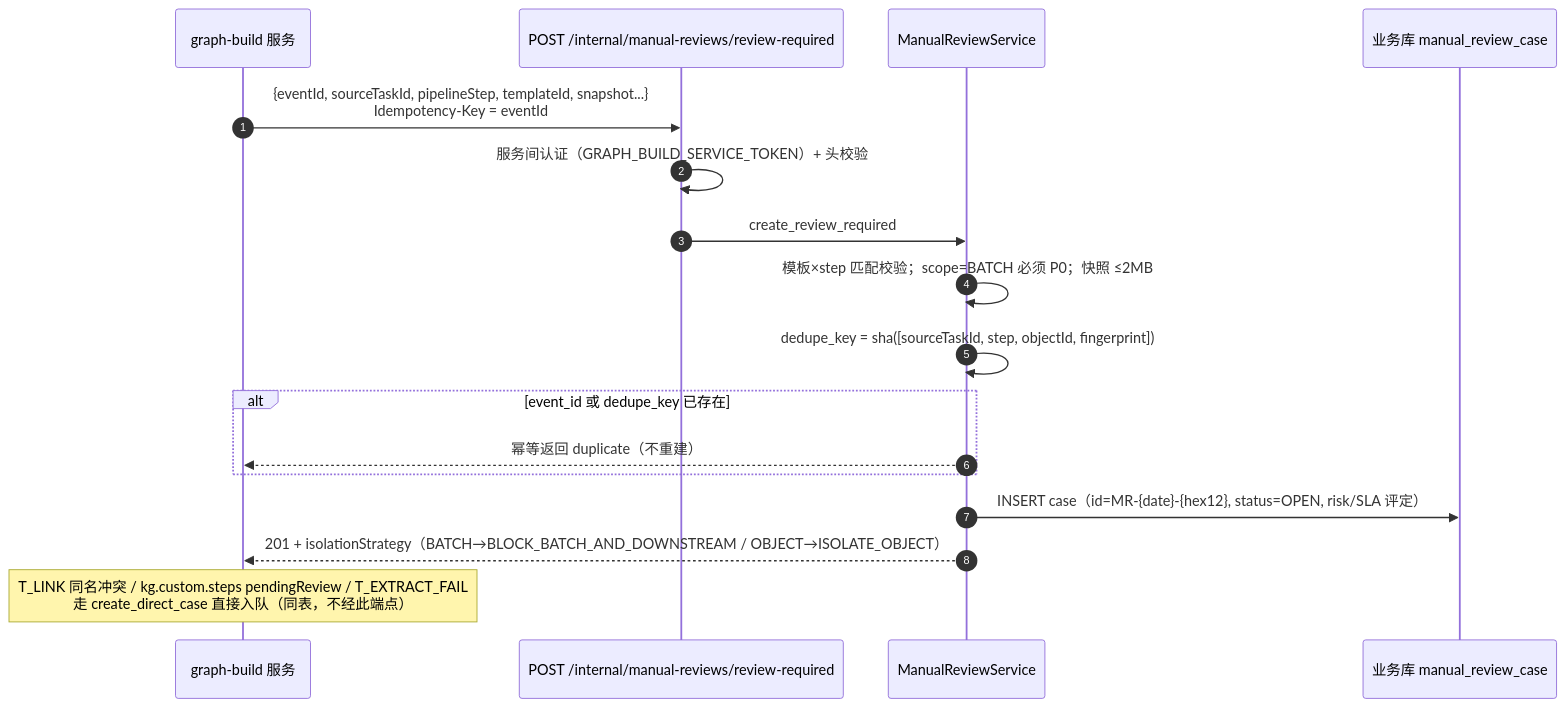
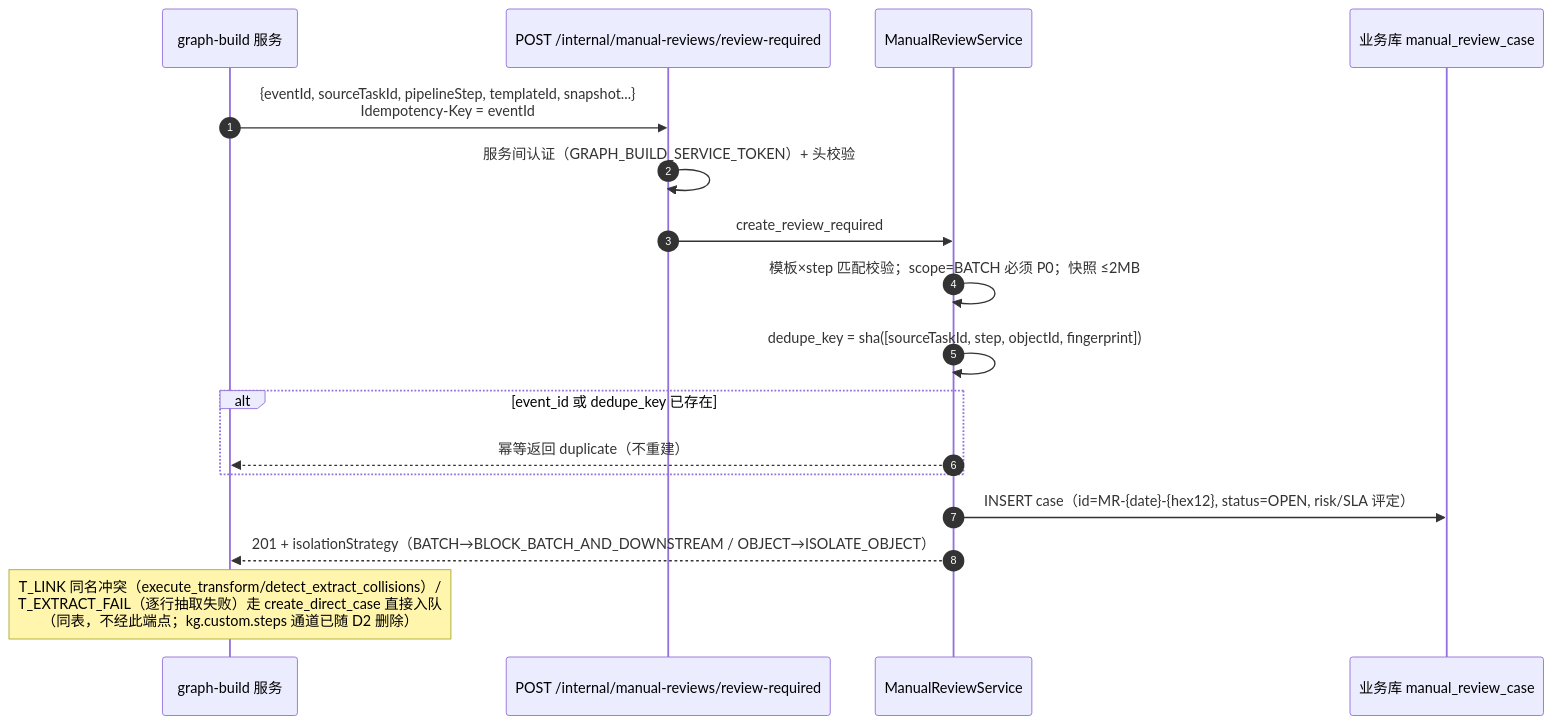
The first of 5 diagrams in docs/人工审核模块.md (Marisolebxf/tech-kg-api), drawn with Mermaid before and after one commit. The commit also changed 12 other files, not shown here.

````diff
--- a/docs/人工审核模块.md
+++ b/docs/人工审核模块.md
@@ -150,20 +150,20 @@
 ```mermaid
 sequenceDiagram
     autonumber
     participant GB as graph-build 服务
     participant INT as POST /internal/manual-reviews/review-required
     participant SVC as ManualReviewService
     participant DB as 业务库 manual_review_case
 
     GB->>INT: {eventId, sourceTaskId, pipelineStep, templateId, snapshot...}<br/>Idempotency-Key = eventId
     INT->>INT: 服务间认证（GRAPH_BUILD_SERVICE_TOKEN）+ 头校验
     INT->>SVC: create_review_required
     SVC->>SVC: 模板×step 匹配校验；scope=BATCH 必须 P0；快照 ≤2MB
     SVC->>SVC: dedupe_key = sha([sourceTaskId, step, objectId, fingerprint])
     alt event_id 或 dedupe_key 已存在
         SVC-->>GB: 幂等返回 duplicate（不重建）
     end
     SVC->>DB: INSERT case（id=MR-{date}-{hex12}, status=OPEN, risk/SLA 评定）
     SVC-->>GB: 201 + isolationStrategy（BATCH→BLOCK_BATCH_AND_DOWNSTREAM / OBJECT→ISOLATE_OBJECT）
-    note over GB: T_LINK 同名冲突 / kg.custom.steps pendingReview / T_EXTRACT_FAIL<br/>走 create_direct_case 直接入队（同表，不经此端点）
+    note over GB: T_LINK 同名冲突（execute_transform/detect_extract_collisions）/<br/>T_EXTRACT_FAIL（逐行抽取失败）走 create_direct_case 直接入队<br/>（同表，不经此端点；kg.custom.steps 通道已随 D2 删除）
 ```
````
